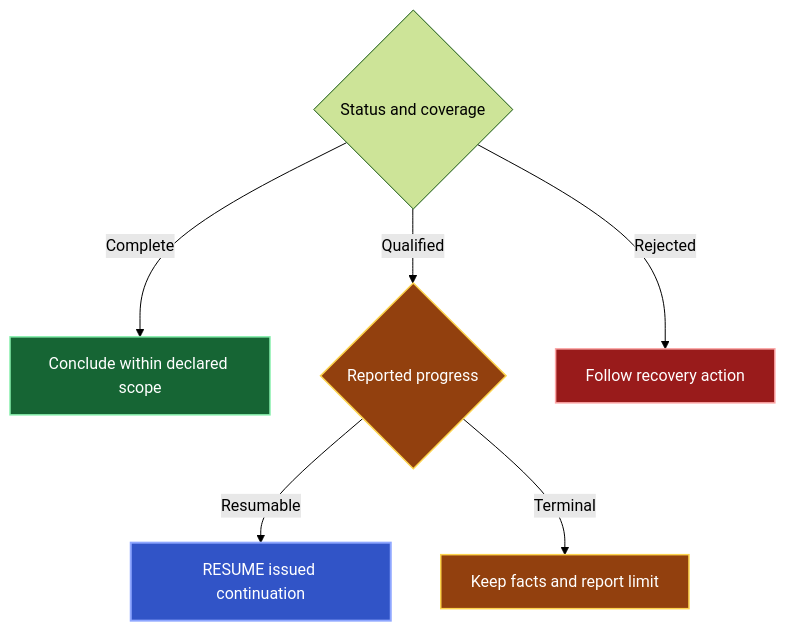
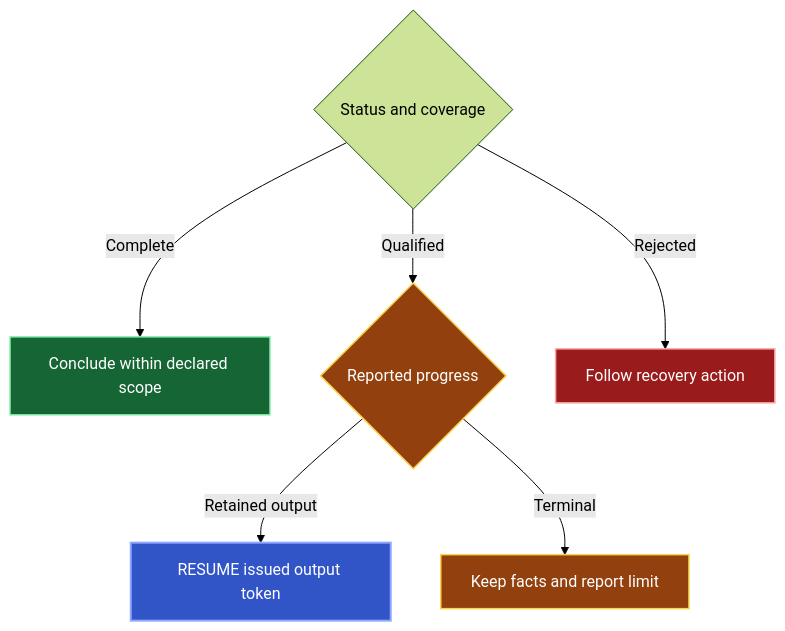
One commit to amichne/kast changed the first of 2 diagrams in docs/public/reference/responses.mdx. Above: the diagram before and after it, drawn with Mermaid (forest theme). The commit also changed other lines of this file and 15 other files, not shown here.

````diff
--- a/docs/public/reference/responses.mdx
+++ b/docs/public/reference/responses.mdx
@@ -84,18 +84,18 @@
 ```mermaid
 flowchart TB
   accTitle: Progress chooses the next action, regardless of row count
   accDescr: Complete coverage supports conclusions within scope. Qualified progress either supplies a continuation or reports a terminal limit. Rejection requires recovery. Empty rows alone establish none of these states.
   S{"Status and coverage"} -->|Complete| C["Conclude within declared scope"]
   S -->|Qualified| Q{"Reported progress"}
   S -->|Rejected| F["Follow recovery action"]
-  Q -->|Resumable| R["RESUME issued continuation"]
+  Q -->|Retained output| R["RESUME issued output token"]
   Q -->|Terminal| T["Keep facts and report limit"]
   class C evidence;
   class Q,T limited;
   class R authority;
   class F rejected;
   classDef authority fill:#3154C7,color:#FFFFFF,stroke:#8FA7FF,stroke-width:2px;
   classDef evidence fill:#166534,color:#FFFFFF,stroke:#86EFAC,stroke-width:1.5px;
   classDef limited fill:#92400E,color:#FFFFFF,stroke:#FCD34D,stroke-width:1.5px;
   classDef rejected fill:#991B1B,color:#FFFFFF,stroke:#FCA5A5,stroke-width:1.5px;
 ```
````
